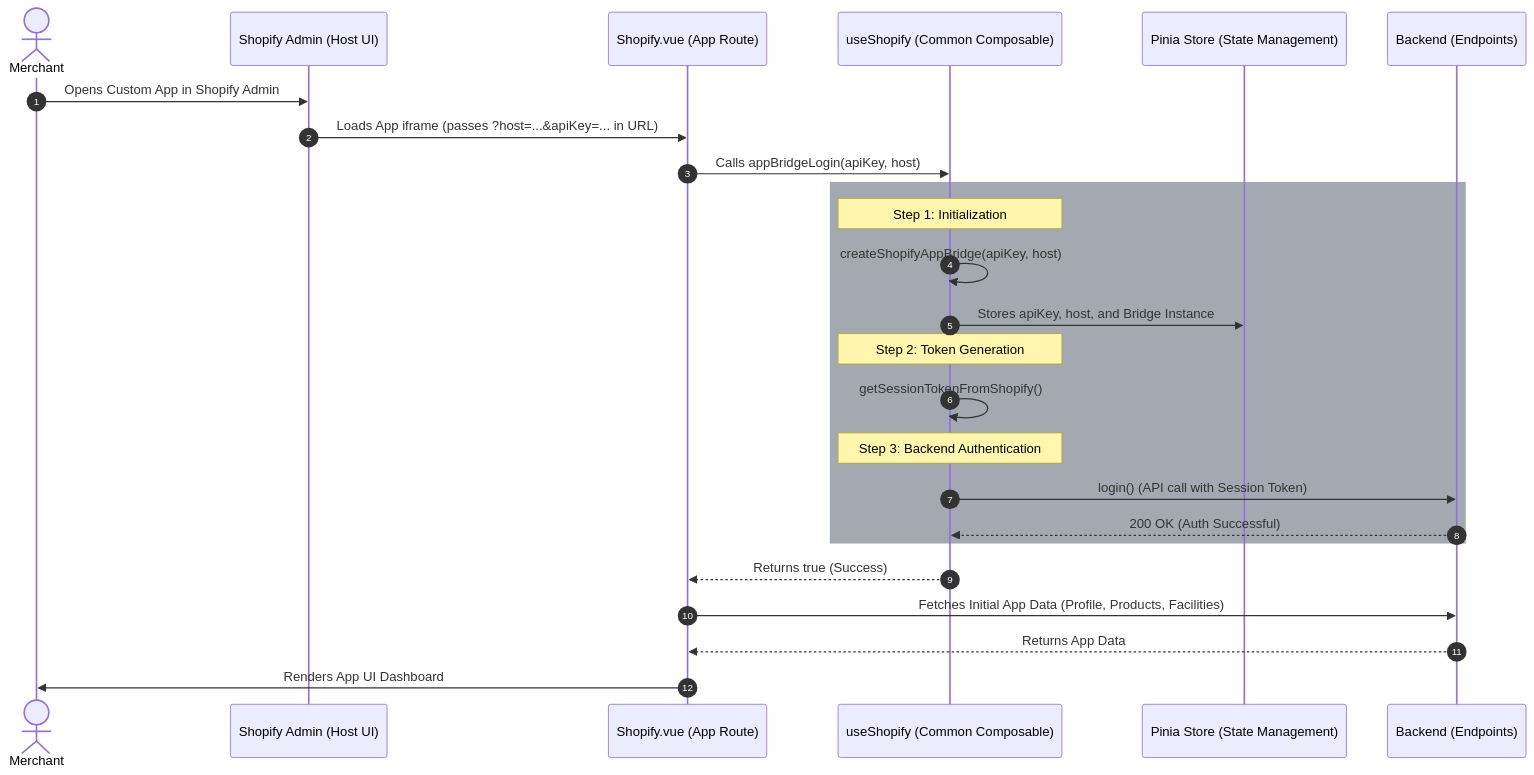
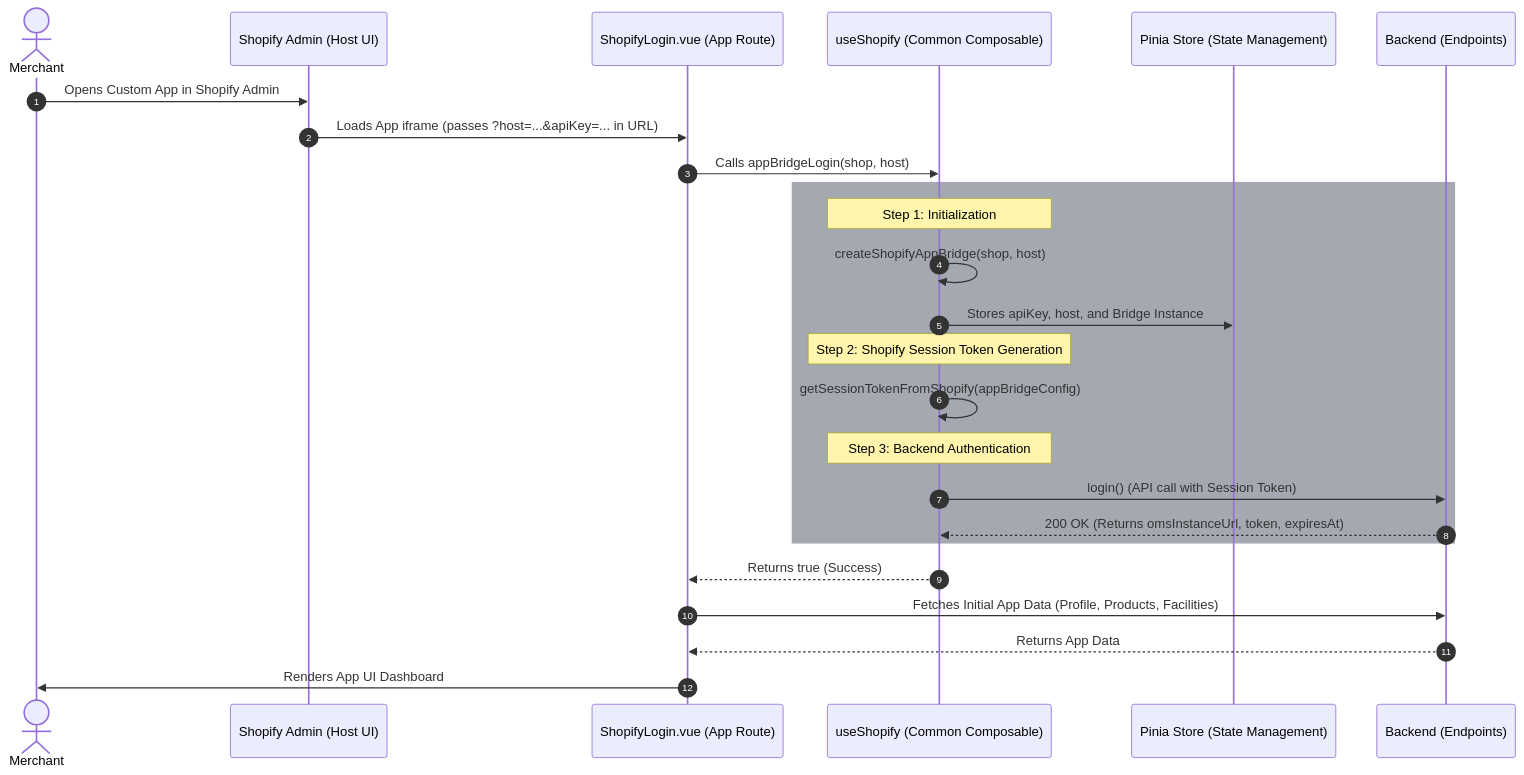
The diagram in accxui-embedded-apps/shopify_embedded_app_design.md (Banibrata-Manna/project-ideas), drawn with Mermaid before and after one commit. The commit also changed other lines of this file, not shown here.

````diff
--- a/accxui-embedded-apps/shopify_embedded_app_design.md
+++ b/accxui-embedded-apps/shopify_embedded_app_design.md
@@ -9,32 +9,32 @@
 ```mermaid
 sequenceDiagram
     autonumber
     actor Merchant
     participant Shopify as Shopify Admin (Host UI)
-    participant Page as Shopify.vue (App Route)
+    participant Page as ShopifyLogin.vue (App Route)
     participant Composable as useShopify (Common Composable)
     participant Store as Pinia Store (State Management)
     participant API as Backend (Endpoints)
 
     Merchant->>Shopify: Opens Custom App in Shopify Admin
     Shopify->>Page: Loads App iframe (passes ?host=...&apiKey=... in URL)
-    Page->>Composable: Calls appBridgeLogin(apiKey, host)
+    Page->>Composable: Calls appBridgeLogin(shop, host)
     
     rect rgba(164, 169, 177, 1)
     Note over Composable: Step 1: Initialization
-    Composable->>Composable: createShopifyAppBridge(apiKey, host)
+    Composable->>Composable: createShopifyAppBridge(shop, host)
     Composable->>Store: Stores apiKey, host, and Bridge Instance
     
-    Note over Composable: Step 2: Token Generation
-    Composable->>Composable: getSessionTokenFromShopify()
+    Note over Composable: Step 2: Shopify Session Token Generation
+    Composable->>Composable: getSessionTokenFromShopify(appBridgeConfig)
     
     Note over Composable: Step 3: Backend Authentication
     Composable->>API: login() (API call with Session Token)
-    API-->>Composable: 200 OK (Auth Successful)
+    API-->>Composable: 200 OK (Returns omsInstanceUrl, token, expiresAt)
     end
     
     Composable-->>Page: Returns true (Success)
     Page->>API: Fetches Initial App Data (Profile, Products, Facilities)
     API-->>Page: Returns App Data
     Page->>Merchant: Renders App UI Dashboard
 ```
````
